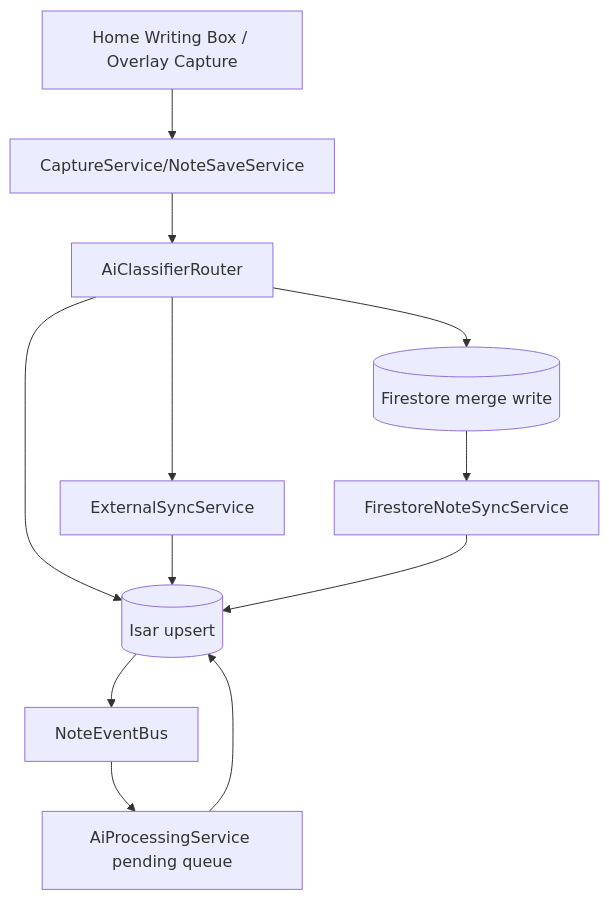
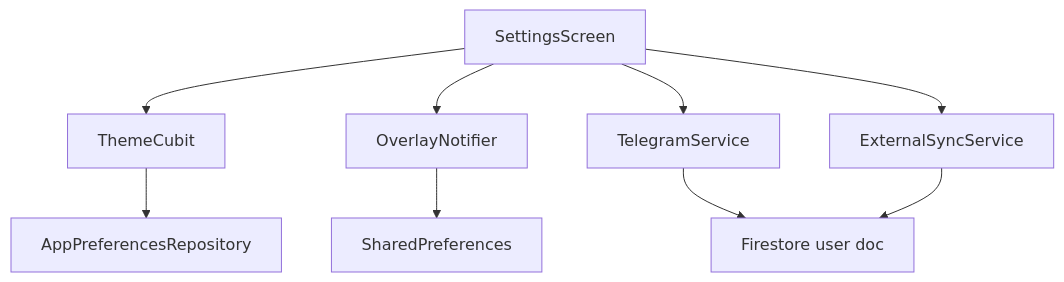
One commit to Adarshv0524/wishperlog changed diagram 14 of 14 in ARCHITECTURE.md. Above: the diagram before and after it, drawn with Mermaid. The commit also changed other lines of this file and 15 other files, not shown here.

Commit message:
Consolidate architecture docs

````diff
--- a/ARCHITECTURE.md
+++ b/ARCHITECTURE.md
@@ -421,14 +555,11 @@
 ```mermaid
-graph TD
-  UI[Home Writing Box / Overlay Capture] --> Save[CaptureService/NoteSaveService]
-  Save --> AI[AiClassifierRouter]
-  AI --> Isar[(Isar upsert)]
-  AI --> Firestore[(Firestore merge write)]
-  AI --> External[ExternalSyncService]
-  External --> Isar
-  Isar --> Event[NoteEventBus]
-  Event --> Processing[AiProcessingService pending queue]
-  Processing --> Isar
-  Firestore --> Mirror[FirestoreNoteSyncService]
-  Mirror --> Isar
+flowchart TD
+  Settings[SettingsScreen] --> Theme[ThemeCubit]
+  Settings --> Overlay[OverlayNotifier]
+  Settings --> Telegram[TelegramService]
+  Settings --> Sync[ExternalSyncService]
+  Theme --> Prefs[AppPreferencesRepository]
+  Overlay --> SP[SharedPreferences]
+  Telegram --> FS[Firestore user doc]
+  Sync --> FS
 ```
````
